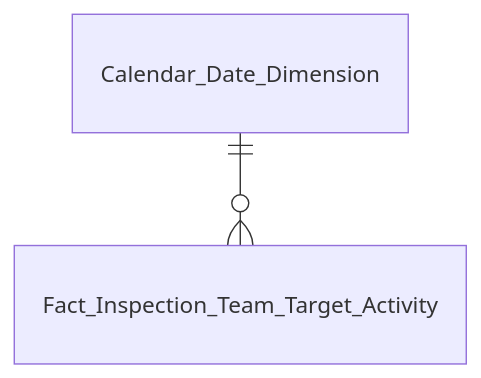
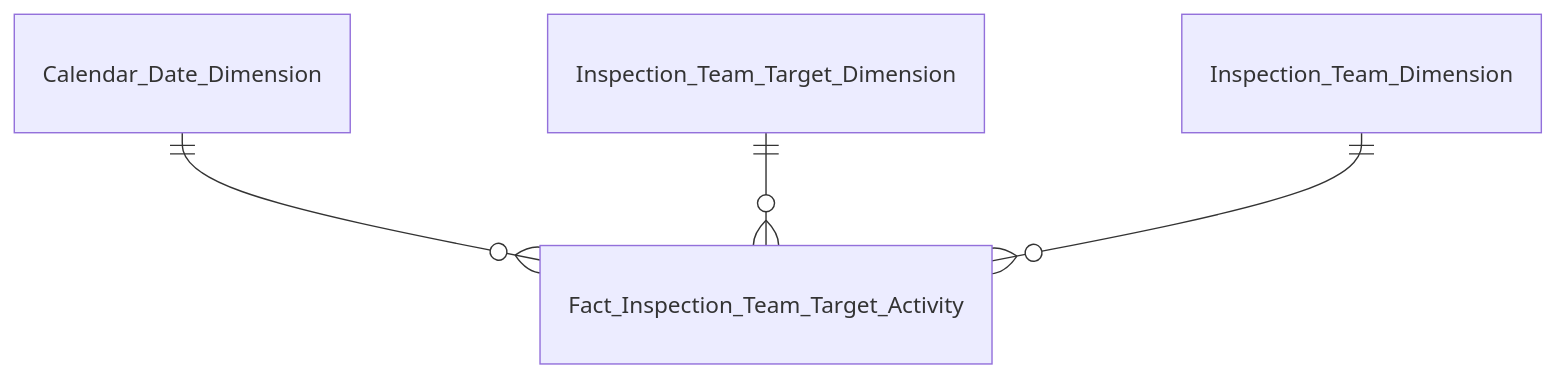
Before and after one commit to linhlvit/ubck_atomic_design: the third of 8 diagrams in Datamart/hld/DTM_TT_Entities.md, drawn with Mermaid. The commit also changed other lines of this file and 27 other files, not shown here.

````diff
--- a/Datamart/hld/DTM_TT_Entities.md
+++ b/Datamart/hld/DTM_TT_Entities.md
@@ -41,4 +41,6 @@
 ```mermaid
 erDiagram
     Calendar_Date_Dimension ||--o{ Fact_Inspection_Team_Target_Activity : " "
+    Inspection_Team_Target_Dimension ||--o{ Fact_Inspection_Team_Target_Activity : " "
+    Inspection_Team_Dimension ||--o{ Fact_Inspection_Team_Target_Activity : " "
 ```
````
